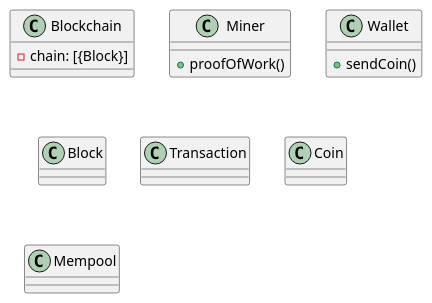
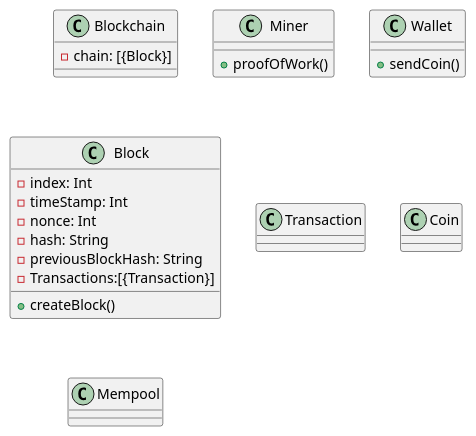
Before and after one commit to valleria-web/prototype: the diagram in prototipov1.plantuml, drawn with PlantUML. The commit also changed 3 other files, not shown here.

```diff
--- a/prototipov1.plantuml
+++ b/prototipov1.plantuml
@@ -1,31 +1,37 @@
 @startuml prototipov1
 
 class Blockchain{
     - chain: [{Block}]
 }
 
 class Miner{
     +proofOfWork()
 }
 
 class Wallet{
     +sendCoin()
 }
 
 class Block{
-
+    - index: Int 
+    - timeStamp: Int 
+    - nonce: Int
+    - hash: String 
+    - previousBlockHash: String
+    - Transactions:[{Transaction}]
+    + createBlock()
 }
 
 class Transaction{
 
 }
 
 class Coin{
 
 }
 
 class Mempool{
-    
+
 }
 
 @enduml
```
